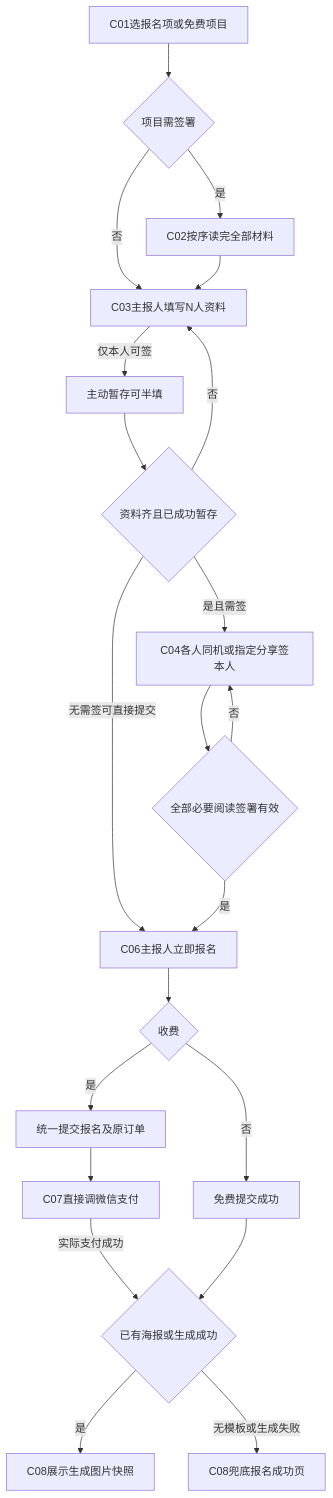
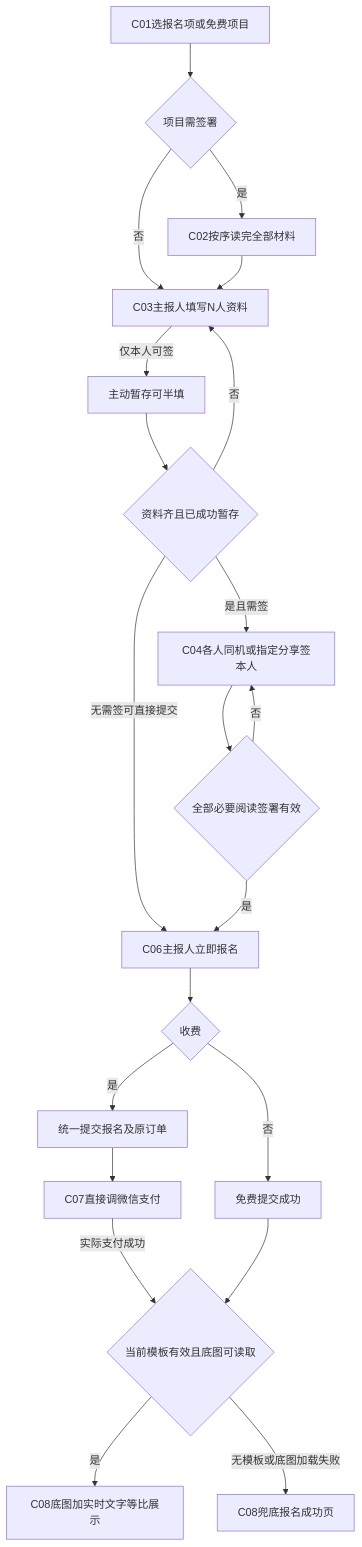
One commit to susantung/yanuoda changed the second of 8 diagrams in dev-test-versions/2026-event-registration-20261110/方案与需求/2026-event-registration-20261110/02-全程流程图.md. Above: the diagram before and after it, drawn with Mermaid. The commit also changed other lines of this file and 34 other files, not shown here.

````diff
--- a/dev-test-versions/2026-event-registration-20261110/方案与需求/2026-event-registration-20261110/02-全程流程图.md
+++ b/dev-test-versions/2026-event-registration-20261110/方案与需求/2026-event-registration-20261110/02-全程流程图.md
@@ -55,39 +55,39 @@
 ```mermaid
 flowchart TD
  A[C01选报名项或免费项目]
  B{项目需签署}
  C[C02按序读完全部材料]
  D[C03主报人填写N人资料]
  E[主动暂存可半填]
  F{资料齐且已成功暂存}
  G[C04各人同机或指定分享签本人]
  H{全部必要阅读签署有效}
  I[C06主报人立即报名]
  J{收费}
  K[统一提交报名及原订单]
  L[C07直接调微信支付]
  M[免费提交成功]
- N{已有海报或生成成功}
- O[C08展示生成图片快照]
+ N{当前模板有效且底图可读取}
+ O[C08底图加实时文字等比展示]
  P[C08兜底报名成功页]
  A --> B
  B -->|是| C
  B -->|否| D
  C --> D
  D -->|仅本人可签| E
  E --> F
  F -->|否| D
  F -->|是且需签| G
  F -->|无需签可直接提交| I
  G --> H
  H -->|否| G
  H -->|是| I
  I --> J
  J -->|是| K
  J -->|否| M
  K --> L
  L -->|实际支付成功| N
  M --> N
  N -->|是| O
- N -->|无模板或生成失败| P
+ N -->|无模板或底图加载失败| P
 ```
````
